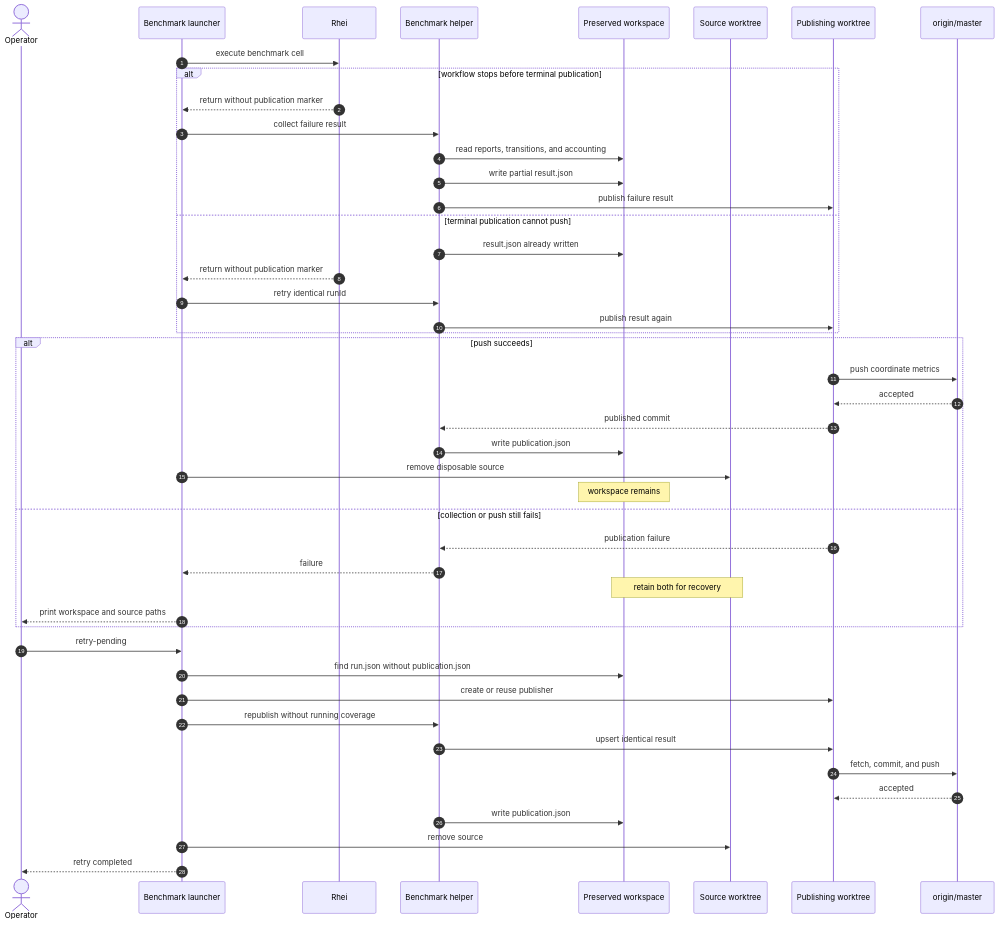
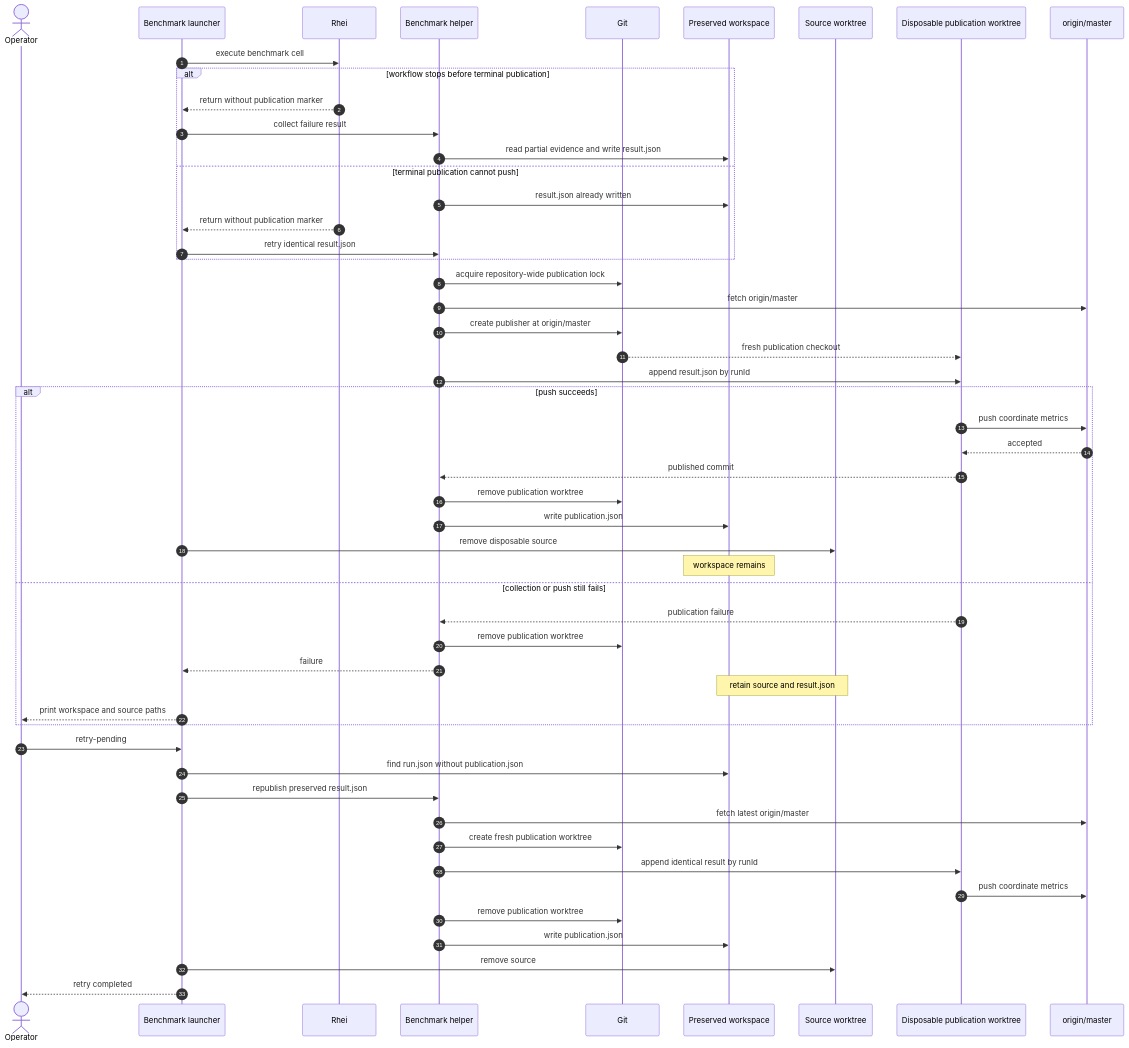
Before and after one commit to oracle/graalvm-reachability-metadata: the second of 2 diagrams in forge/docs/architecture/code-coverage-benchmarking.md, drawn with Mermaid. The commit also changed other lines of this file and 5 other files, not shown here.

````diff
--- a/forge/docs/architecture/code-coverage-benchmarking.md
+++ b/forge/docs/architecture/code-coverage-benchmarking.md
@@ -125,51 +124,57 @@
 ```mermaid
 sequenceDiagram
     autonumber
     actor O as Operator
     participant L as Benchmark launcher
     participant R as Rhei
     participant B as Benchmark helper
+    participant G as Git
     participant W as Preserved workspace
     participant S as Source worktree
-    participant P as Publishing worktree
+    participant P as Disposable publication worktree
     participant M as origin/master
 
     L->>R: execute benchmark cell
     alt workflow stops before terminal publication
         R-->>L: return without publication marker
         L->>B: collect failure result
-        B->>W: read reports, transitions, and accounting
-        B->>W: write partial result.json
-        B->>P: publish failure result
+        B->>W: read partial evidence and write result.json
     else terminal publication cannot push
         B->>W: result.json already written
         R-->>L: return without publication marker
-        L->>B: retry identical runId
-        B->>P: publish result again
+        L->>B: retry identical result.json
     end
 
+    B->>G: acquire repository-wide publication lock
+    B->>M: fetch origin/master
+    B->>G: create publisher at origin/master
+    G-->>P: fresh publication checkout
+    B->>P: append result.json by runId
     alt push succeeds
         P->>M: push coordinate metrics
         M-->>P: accepted
         P-->>B: published commit
+        B->>G: remove publication worktree
         B->>W: write publication.json
         L->>S: remove disposable source
         Note over W: workspace remains
     else collection or push still fails
         P-->>B: publication failure
+        B->>G: remove publication worktree
         B-->>L: failure
-        Note over W,S: retain both for recovery
+        Note over W,S: retain source and result.json
         L-->>O: print workspace and source paths
     end
 
     O->>L: retry-pending
     L->>W: find run.json without publication.json
-    L->>P: create or reuse publisher
-    L->>B: republish without running coverage
-    B->>P: upsert identical result
-    P->>M: fetch, commit, and push
-    M-->>P: accepted
+    L->>B: republish preserved result.json
+    B->>M: fetch latest origin/master
+    B->>G: create fresh publication worktree
+    B->>P: append identical result by runId
+    P->>M: push coordinate metrics
+    B->>G: remove publication worktree
     B->>W: write publication.json
     L->>S: remove source
     L-->>O: retry completed
 ```
````
